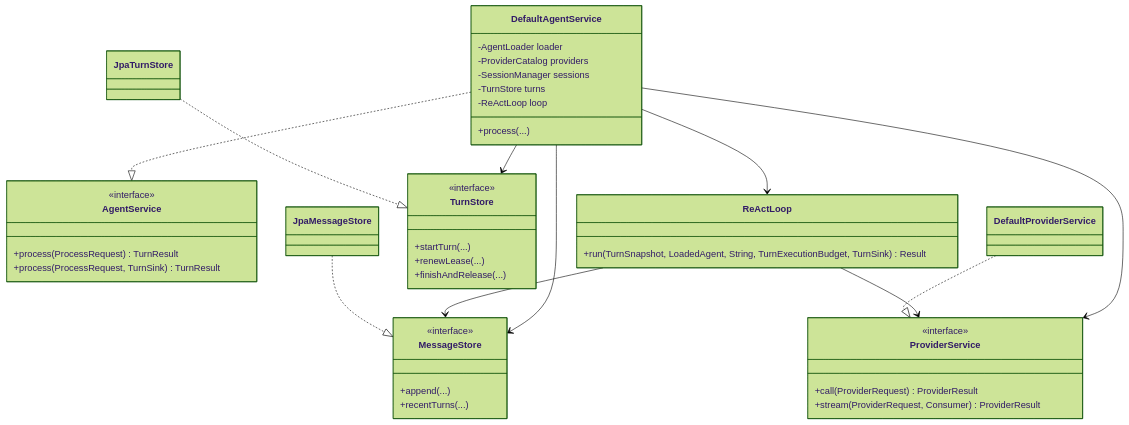
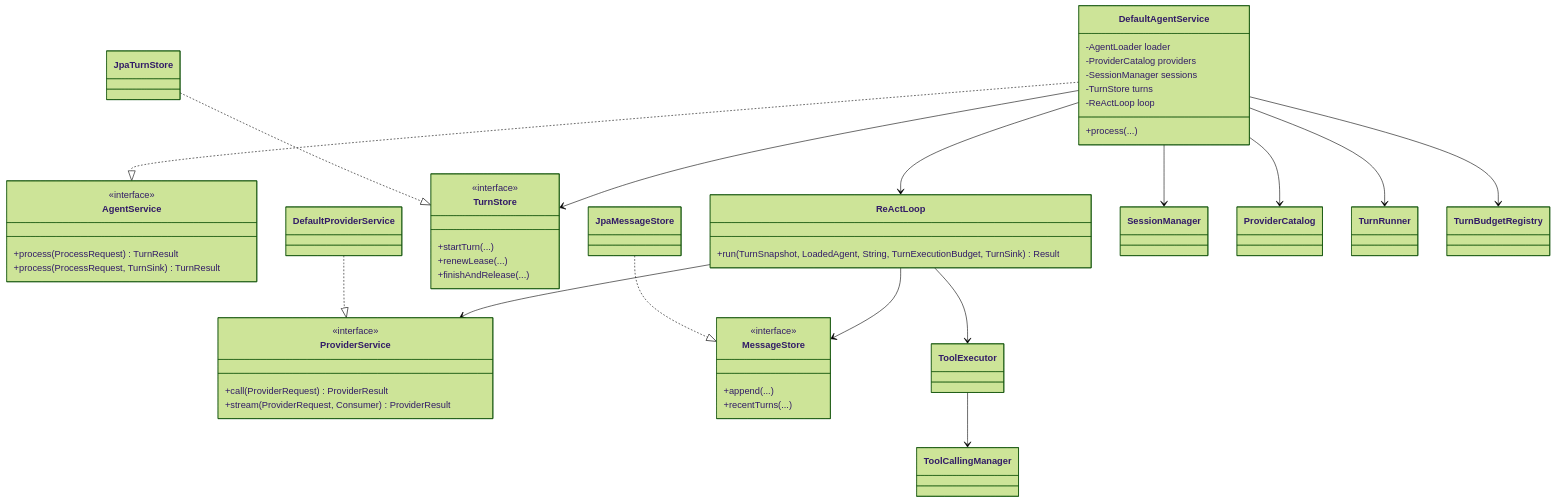
One commit to wangkaiqistart/agent-os changed the second of 8 diagrams in docs/code-reading/ClassStructure.md. Above: the diagram before and after it, drawn with Mermaid (forest theme). The commit also changed other lines of this file and 9 other files, not shown here.

````diff
--- a/docs/code-reading/ClassStructure.md
+++ b/docs/code-reading/ClassStructure.md
@@ -46,49 +53,53 @@
 ```mermaid
 classDiagram
     class AgentService {
         <<interface>>
         +process(ProcessRequest) TurnResult
         +process(ProcessRequest, TurnSink) TurnResult
     }
     class DefaultAgentService {
         -AgentLoader loader
         -ProviderCatalog providers
         -SessionManager sessions
         -TurnStore turns
         -ReActLoop loop
         +process(...)
     }
     class ReActLoop {
         +run(TurnSnapshot, LoadedAgent, String, TurnExecutionBudget, TurnSink) Result
     }
     class ProviderService {
         <<interface>>
         +call(ProviderRequest) ProviderResult
         +stream(ProviderRequest, Consumer) ProviderResult
     }
     class TurnStore {
         <<interface>>
         +startTurn(...)
         +renewLease(...)
         +finishAndRelease(...)
     }
     class MessageStore {
         <<interface>>
         +append(...)
         +recentTurns(...)
     }
     class DefaultProviderService
     class JpaTurnStore
     class JpaMessageStore
 
     DefaultAgentService ..|> AgentService
     DefaultAgentService --> ReActLoop
     DefaultAgentService --> TurnStore
-    DefaultAgentService --> MessageStore
-    DefaultAgentService --> ProviderService
+    DefaultAgentService --> SessionManager
+    DefaultAgentService --> ProviderCatalog
+    DefaultAgentService --> TurnRunner
+    DefaultAgentService --> TurnBudgetRegistry
     ReActLoop --> ProviderService
     ReActLoop --> MessageStore
+    ReActLoop --> ToolExecutor
+    ToolExecutor --> ToolCallingManager
     DefaultProviderService ..|> ProviderService
     JpaTurnStore ..|> TurnStore
     JpaMessageStore ..|> MessageStore
 ```
````
